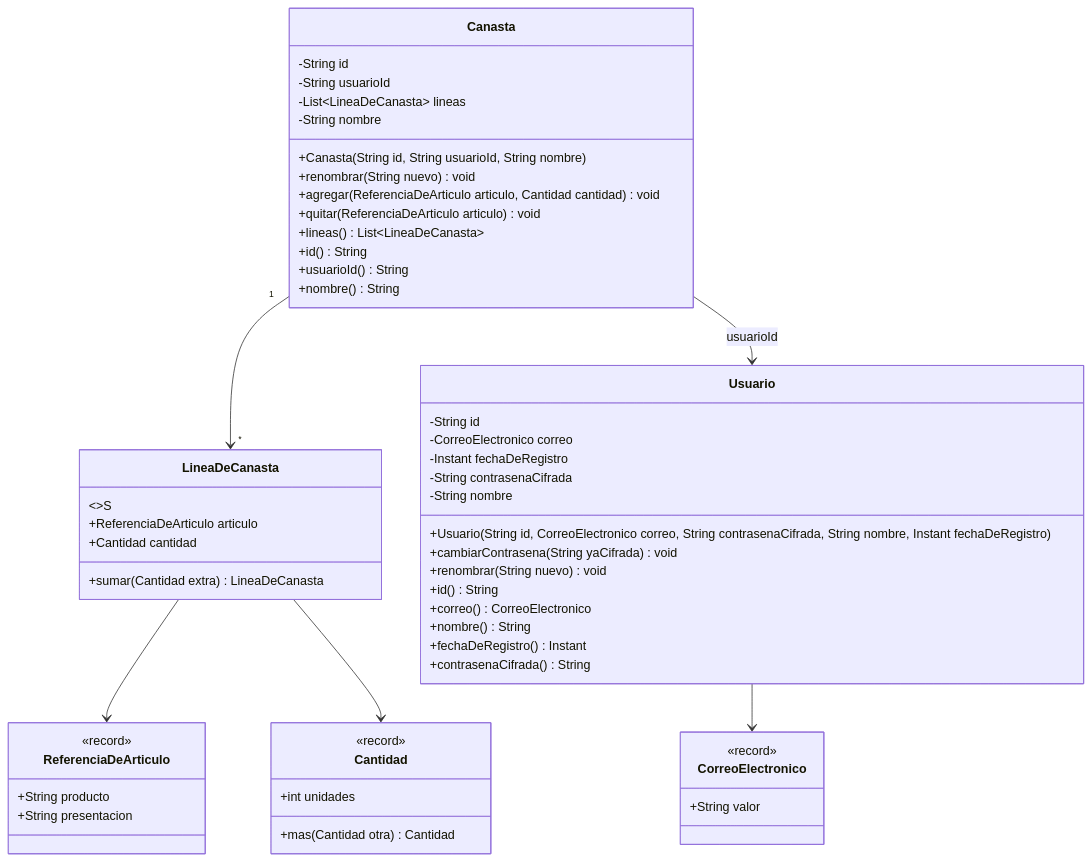
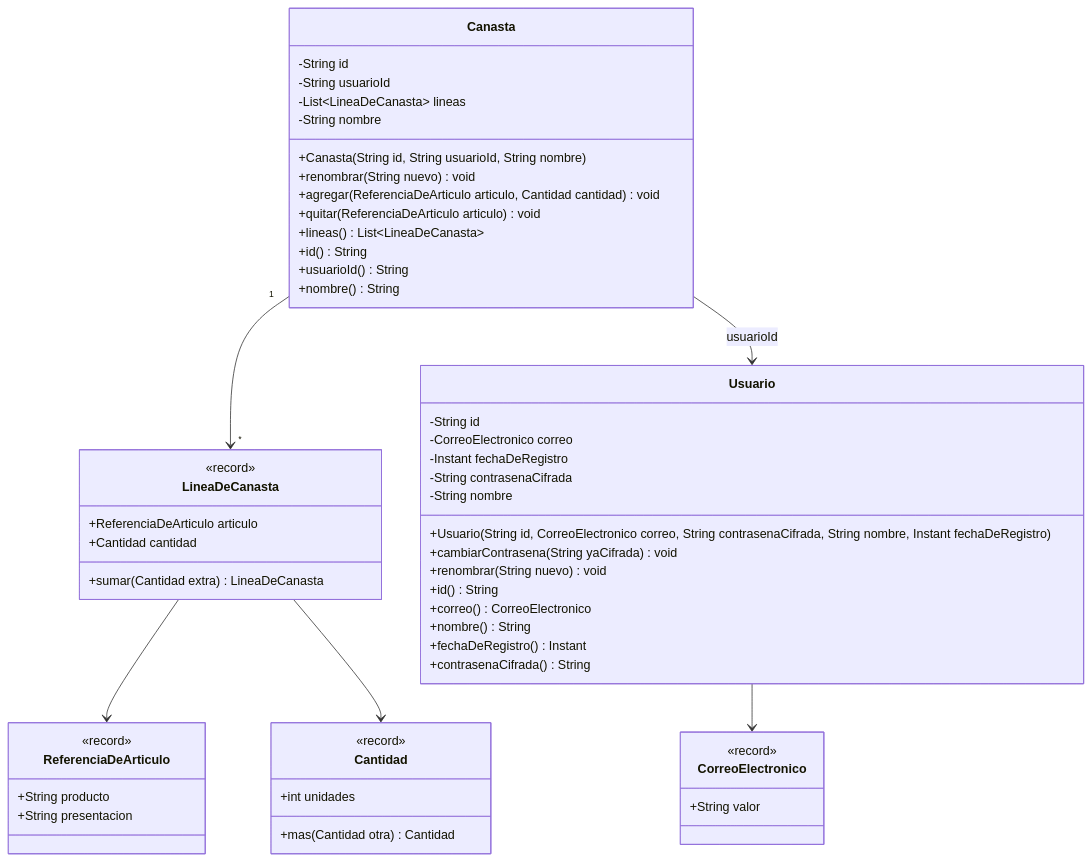
The diagram in docs/analisis/modelo-dominio.md (arik36/canastamx), drawn with Mermaid before and after one commit. The commit also changed other lines of this file and 5 other files, not shown here.

````diff
--- a/docs/analisis/modelo-dominio.md
+++ b/docs/analisis/modelo-dominio.md
@@ -126,64 +124,64 @@
 ```mermaid
 classDiagram
 
     class Usuario {
         -String id
         -CorreoElectronico correo
         -Instant fechaDeRegistro
         -String contrasenaCifrada
         -String nombre
         +Usuario(String id, CorreoElectronico correo, String contrasenaCifrada, String nombre, Instant fechaDeRegistro)
         +cambiarContrasena(String yaCifrada) void
         +renombrar(String nuevo) void
         +id() String
         +correo() CorreoElectronico
         +nombre() String
         +fechaDeRegistro() Instant
         +contrasenaCifrada() String
     }
 
     class CorreoElectronico {
         <<record>>
         +String valor
     }
 
     class Canasta {
         -String id
         -String usuarioId
         -List~LineaDeCanasta~ lineas
         -String nombre
         +Canasta(String id, String usuarioId, String nombre)
         +renombrar(String nuevo) void
         +agregar(ReferenciaDeArticulo articulo, Cantidad cantidad) void
         +quitar(ReferenciaDeArticulo articulo) void
         +lineas() List~LineaDeCanasta~
         +id() String
         +usuarioId() String
         +nombre() String
     }
 
     class LineaDeCanasta {
-        <<record>>S
+        <<record>>
         +ReferenciaDeArticulo articulo
         +Cantidad cantidad
         +sumar(Cantidad extra) LineaDeCanasta
     }
 
     class ReferenciaDeArticulo {
         <<record>>
         +String producto
         +String presentacion
     }
 
     class Cantidad {
         <<record>>
         +int unidades
         +mas(Cantidad otra) Cantidad
     }
 
     Usuario --> CorreoElectronico
     Canasta "1" --> "*" LineaDeCanasta
     LineaDeCanasta --> ReferenciaDeArticulo
     LineaDeCanasta --> Cantidad
     Canasta --> Usuario : usuarioId
   ```
````
